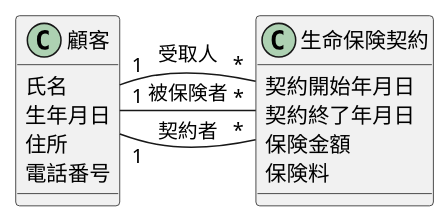
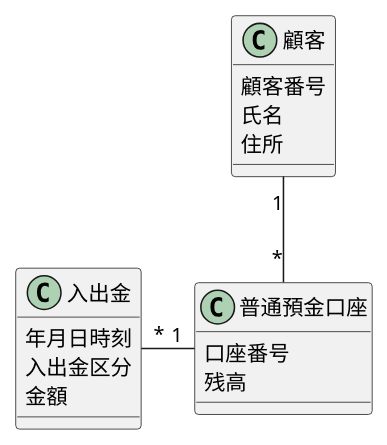
The diagram in ch06/sample.puml (yinm/uml-modeling-lesson), drawn with PlantUML before and after one commit.

Commit message:
Add lesson20

```diff
--- a/ch06/sample.puml
+++ b/ch06/sample.puml
@@ -1,21 +1,23 @@
 @startuml
 
 class 顧客 {
+  顧客番号
   氏名
-  生年月日
   住所
-  電話番号
 }
 
-class 生命保険契約 {
-  契約開始年月日
-  契約終了年月日
-  保険金額
-  保険料
+class 普通預金口座 {
+  口座番号
+  残高
 }
 
-顧客 "1"-r-"*" 生命保険契約 : 被保険者
-顧客 "1"-r-"*" 生命保険契約 : 契約者
-顧客 "1"-r-"*" 生命保険契約 : 受取人
+class 入出金 {
+  年月日時刻
+  入出金区分
+  金額
+}
+
+顧客 "1"-d-"*" 普通預金口座
+普通預金口座 "1"-l-"*" 入出金
 
 @enduml
```
